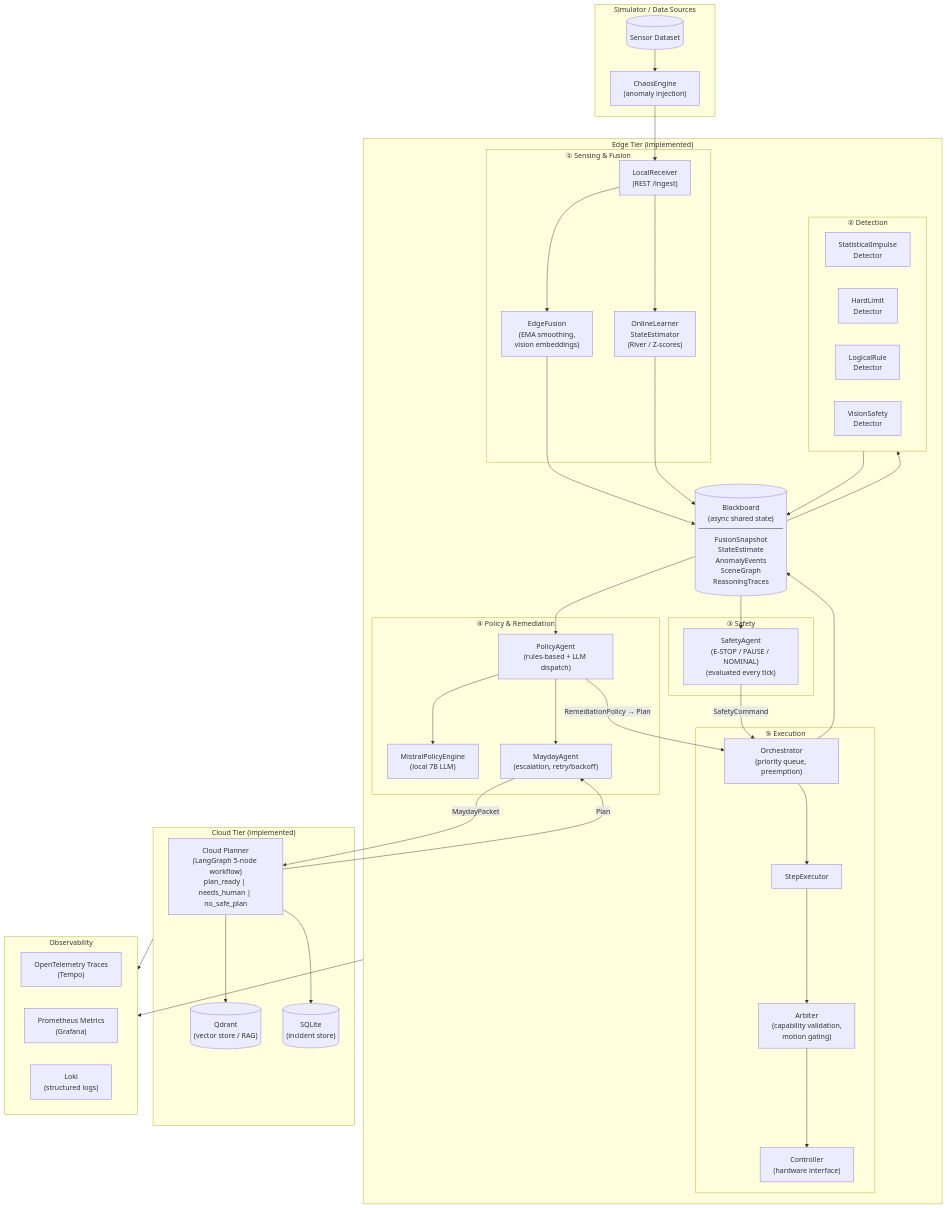
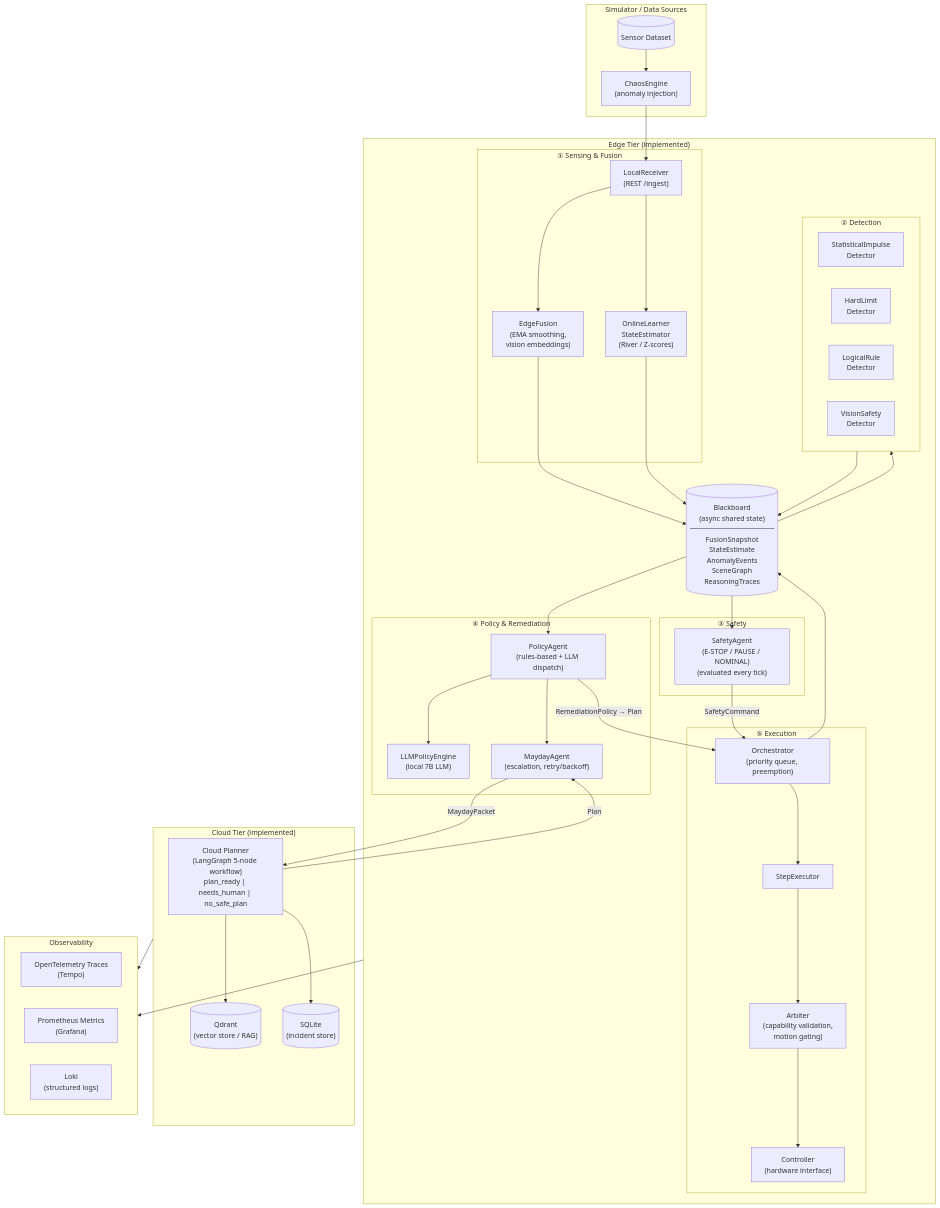
One commit to anedelkos/cortexguard changed the diagram in docs/architecture_mermaid.md. Above: the diagram before and after it, drawn with Mermaid. The commit also changed 21 other files, not shown here.

First line of the commit message:
feat(edge): migrate policy engine from Mistral-7B to Qwen2.5-7B-Instruct

````diff
--- a/docs/architecture_mermaid.md
+++ b/docs/architecture_mermaid.md
@@ -3,82 +3,82 @@
 ```mermaid
 flowchart TD
 
     subgraph SIM["Simulator / Data Sources"]
         DS[("Sensor Dataset")]
         CE["ChaosEngine\n(anomaly injection)"]
         DS --> CE
     end
 
     subgraph EDGE["Edge Tier (implemented)"]
 
         subgraph S1["① Sensing & Fusion"]
             RCV["LocalReceiver\n(REST /ingest)"]
             EF["EdgeFusion\n(EMA smoothing,\nvision embeddings)"]
             OLLE["OnlineLearner\nStateEstimator\n(River / Z-scores)"]
             RCV --> EF
             RCV --> OLLE
         end
 
         BB[("Blackboard\n(async shared state)\n─────────────────\nFusionSnapshot\nStateEstimate\nAnomalyEvents\nSceneGraph\nReasoningTraces")]
 
         subgraph S2["② Detection"]
             SID["StatisticalImpulse\nDetector"]
             HLD["HardLimit\nDetector"]
             LRD["LogicalRule\nDetector"]
             VSD["VisionSafety\nDetector"]
         end
 
         subgraph S3["③ Safety"]
             SA["SafetyAgent\n(E-STOP / PAUSE / NOMINAL)\n(evaluated every tick)"]
         end
 
         subgraph S4["④ Policy & Remediation"]
             PA["PolicyAgent\n(rules-based + LLM dispatch)"]
-            MPE["MistralPolicyEngine\n(local 7B LLM)"]
+            MPE["LLMPolicyEngine\n(local 7B LLM)"]
             MA["MaydayAgent\n(escalation, retry/backoff)"]
             PA --> MPE
         end
 
         subgraph S5["⑤ Execution"]
             ORC["Orchestrator\n(priority queue, preemption)"]
             SE["StepExecutor"]
             ARB["Arbiter\n(capability validation,\nmotion gating)"]
             CTRL["Controller\n(hardware interface)"]
             ORC --> SE --> ARB --> CTRL
         end
 
         CE --> RCV
         EF --> BB
         OLLE --> BB
 
         BB --> S2
         S2 --> BB
 
         BB --> SA
         BB --> PA
         PA -->|RemediationPolicy → Plan| ORC
         PA --> MA
         SA -->|SafetyCommand| ORC
         ORC --> BB
     end
 
     subgraph CLOUD["Cloud Tier (implemented)"]
         CDA["Cloud Planner\n(LangGraph 5-node workflow)\nplan_ready | needs_human | no_safe_plan"]
         QDR[("Qdrant\n(vector store / RAG)")]
         DB[("SQLite\n(incident store)")]
         CDA --> QDR
         CDA --> DB
     end
 
     MA -->|MaydayPacket| CDA
     CDA -->|Plan| MA
 
     subgraph OBS["Observability"]
         OTEL["OpenTelemetry Traces\n(Tempo)"]
         PROM["Prometheus Metrics\n(Grafana)"]
         LOKI["Loki\n(structured logs)"]
     end
 
     EDGE --> OBS
     CLOUD --> OBS
 ```
````
